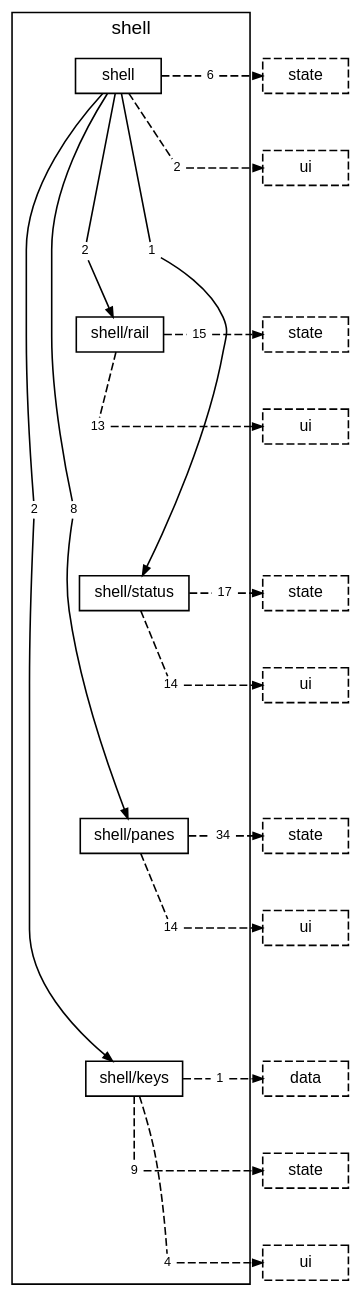
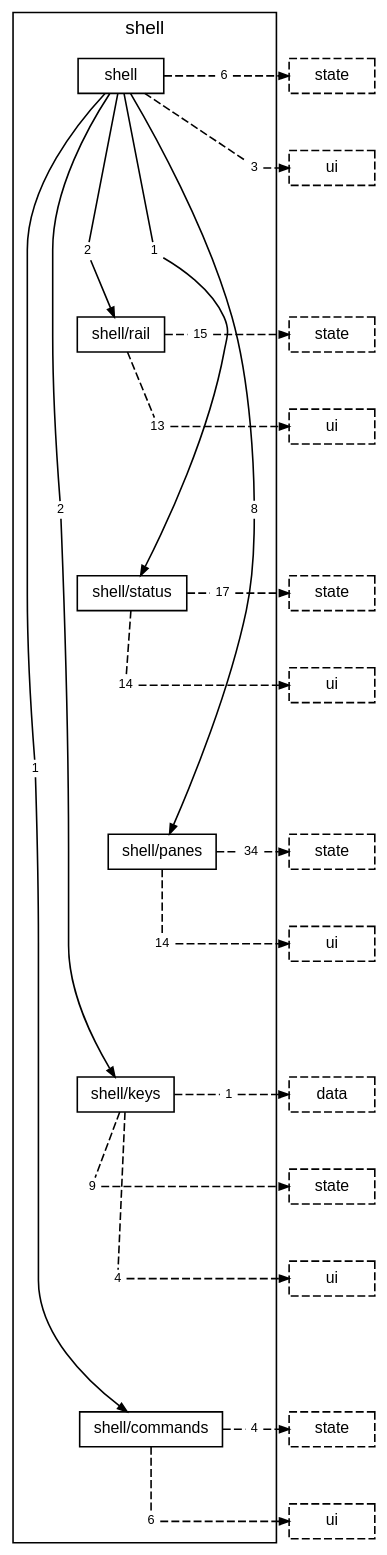
One commit to TheAxeC/oculus changed the diagram in docs/diagrams/layer-shell.dot. Above: the diagram before and after it, drawn with Graphviz. The commit also changed 144 other files, not shown here.

```diff
--- a/docs/diagrams/layer-shell.dot
+++ b/docs/diagrams/layer-shell.dot
@@ -1,84 +1,99 @@
 digraph layer_shell {
     graph [bgcolor="transparent", rankdir=TB, newrank=true, fontname="Helvetica,Arial,sans-serif", fontsize=12, nodesep=0.2, ranksep=0.5];
     node [shape=box, color="black", fontcolor="black", fontname="Helvetica,Arial,sans-serif", fontsize=10, height=0.3, margin="0.12,0.04"];
     edge [color="black", fontcolor="black", fontname="Helvetica,Arial,sans-serif", fontsize=8, arrowsize=0.6];
     subgraph "cluster_shell" {
         label="shell"; style=solid;
         "folder shell" [label="shell"];
         "folder shell/rail" [label="shell/rail"];
         "folder shell/status" [label="shell/status"];
         "folder shell/panes" [label="shell/panes"];
         "folder shell/keys" [label="shell/keys"];
+        "folder shell/commands" [label="shell/commands"];
+        "folder shell to folder shell/commands" [label="1", shape=box, color="transparent", fontsize=8, width=0, height=0, margin="0.04,0.02"];
         "folder shell to folder shell/keys" [label="2", shape=box, color="transparent", fontsize=8, width=0, height=0, margin="0.04,0.02"];
         "folder shell to folder shell/panes" [label="8", shape=box, color="transparent", fontsize=8, width=0, height=0, margin="0.04,0.02"];
         "folder shell to folder shell/rail" [label="2", shape=box, color="transparent", fontsize=8, width=0, height=0, margin="0.04,0.02"];
         "folder shell to folder shell/status" [label="1", shape=box, color="transparent", fontsize=8, width=0, height=0, margin="0.04,0.02"];
         "folder shell to layer state" [label="6", shape=box, color="transparent", fontsize=8, width=0, height=0, margin="0.04,0.02"];
-        "folder shell to layer ui" [label="2", shape=box, color="transparent", fontsize=8, width=0, height=0, margin="0.04,0.02"];
+        "folder shell to layer ui" [label="3", shape=box, color="transparent", fontsize=8, width=0, height=0, margin="0.04,0.02"];
         "folder shell/rail to layer state" [label="15", shape=box, color="transparent", fontsize=8, width=0, height=0, margin="0.04,0.02"];
         "folder shell/rail to layer ui" [label="13", shape=box, color="transparent", fontsize=8, width=0, height=0, margin="0.04,0.02"];
         "folder shell/status to layer state" [label="17", shape=box, color="transparent", fontsize=8, width=0, height=0, margin="0.04,0.02"];
         "folder shell/status to layer ui" [label="14", shape=box, color="transparent", fontsize=8, width=0, height=0, margin="0.04,0.02"];
         "folder shell/panes to layer state" [label="34", shape=box, color="transparent", fontsize=8, width=0, height=0, margin="0.04,0.02"];
         "folder shell/panes to layer ui" [label="14", shape=box, color="transparent", fontsize=8, width=0, height=0, margin="0.04,0.02"];
         "folder shell/keys to layer data" [label="1", shape=box, color="transparent", fontsize=8, width=0, height=0, margin="0.04,0.02"];
         "folder shell/keys to layer state" [label="9", shape=box, color="transparent", fontsize=8, width=0, height=0, margin="0.04,0.02"];
         "folder shell/keys to layer ui" [label="4", shape=box, color="transparent", fontsize=8, width=0, height=0, margin="0.04,0.02"];
+        "folder shell/commands to layer state" [label="4", shape=box, color="transparent", fontsize=8, width=0, height=0, margin="0.04,0.02"];
+        "folder shell/commands to layer ui" [label="6", shape=box, color="transparent", fontsize=8, width=0, height=0, margin="0.04,0.02"];
     }
     "layer state from folder shell" [label="state", style=dashed];
     "layer ui from folder shell" [label="ui", style=dashed];
     "layer state from folder shell/rail" [label="state", style=dashed];
     "layer ui from folder shell/rail" [label="ui", style=dashed];
     "layer state from folder shell/status" [label="state", style=dashed];
     "layer ui from folder shell/status" [label="ui", style=dashed];
     "layer state from folder shell/panes" [label="state", style=dashed];
     "layer ui from folder shell/panes" [label="ui", style=dashed];
     "layer data from folder shell/keys" [label="data", style=dashed];
     "layer state from folder shell/keys" [label="state", style=dashed];
     "layer ui from folder shell/keys" [label="ui", style=dashed];
+    "layer state from folder shell/commands" [label="state", style=dashed];
+    "layer ui from folder shell/commands" [label="ui", style=dashed];
     "folder shell" -> "folder shell/rail" [style=invis, weight=10, minlen=3];
     "folder shell/rail" -> "folder shell/status" [style=invis, weight=10, minlen=3];
     "folder shell/status" -> "folder shell/panes" [style=invis, weight=10, minlen=3];
     "folder shell/panes" -> "folder shell/keys" [style=invis, weight=10, minlen=3];
+    "folder shell/keys" -> "folder shell/commands" [style=invis, weight=10, minlen=4];
+    "folder shell" -> "folder shell to folder shell/commands" [arrowhead=none, minlen=8, weight=10];
+    "folder shell to folder shell/commands" -> "folder shell/commands" [];
     "folder shell" -> "folder shell to folder shell/keys" [arrowhead=none, minlen=5, weight=10];
     "folder shell to folder shell/keys" -> "folder shell/keys" [];
     "folder shell" -> "folder shell to folder shell/panes" [arrowhead=none, minlen=5, weight=10];
     "folder shell to folder shell/panes" -> "folder shell/panes" [];
     "folder shell" -> "folder shell to folder shell/rail" [arrowhead=none, minlen=2, weight=10];
     "folder shell to folder shell/rail" -> "folder shell/rail" [];
     "folder shell" -> "folder shell to folder shell/status" [arrowhead=none, minlen=2, weight=10];
     "folder shell to folder shell/status" -> "folder shell/status" [];
     "folder shell" -> "folder shell to layer state" [arrowhead=none, style=dashed];
     "folder shell to layer state" -> "layer state from folder shell" [style=dashed];
     { rank=same; "folder shell"; "folder shell to layer state"; "layer state from folder shell"; }
     "folder shell" -> "folder shell to layer ui" [arrowhead=none, style=dashed, minlen=1, weight=10];
     "folder shell to layer ui" -> "layer ui from folder shell" [style=dashed];
     { rank=same; "folder shell to layer ui"; "layer ui from folder shell"; }
     "folder shell/rail" -> "folder shell/rail to layer state" [arrowhead=none, style=dashed];
     "folder shell/rail to layer state" -> "layer state from folder shell/rail" [style=dashed];
     { rank=same; "folder shell/rail"; "folder shell/rail to layer state"; "layer state from folder shell/rail"; }
     "folder shell/rail" -> "folder shell/rail to layer ui" [arrowhead=none, style=dashed, minlen=1, weight=10];
     "folder shell/rail to layer ui" -> "layer ui from folder shell/rail" [style=dashed];
     { rank=same; "folder shell/rail to layer ui"; "layer ui from folder shell/rail"; }
     "folder shell/status" -> "folder shell/status to layer state" [arrowhead=none, style=dashed];
     "folder shell/status to layer state" -> "layer state from folder shell/status" [style=dashed];
     { rank=same; "folder shell/status"; "folder shell/status to layer state"; "layer state from folder shell/status"; }
     "folder shell/status" -> "folder shell/status to layer ui" [arrowhead=none, style=dashed, minlen=1, weight=10];
     "folder shell/status to layer ui" -> "layer ui from folder shell/status" [style=dashed];
     { rank=same; "folder shell/status to layer ui"; "layer ui from folder shell/status"; }
     "folder shell/panes" -> "folder shell/panes to layer state" [arrowhead=none, style=dashed];
     "folder shell/panes to layer state" -> "layer state from folder shell/panes" [style=dashed];
     { rank=same; "folder shell/panes"; "folder shell/panes to layer state"; "layer state from folder shell/panes"; }
     "folder shell/panes" -> "folder shell/panes to layer ui" [arrowhead=none, style=dashed, minlen=1, weight=10];
     "folder shell/panes to layer ui" -> "layer ui from folder shell/panes" [style=dashed];
     { rank=same; "folder shell/panes to layer ui"; "layer ui from folder shell/panes"; }
     "folder shell/keys" -> "folder shell/keys to layer data" [arrowhead=none, style=dashed];
     "folder shell/keys to layer data" -> "layer data from folder shell/keys" [style=dashed];
     { rank=same; "folder shell/keys"; "folder shell/keys to layer data"; "layer data from folder shell/keys"; }
     "folder shell/keys" -> "folder shell/keys to layer state" [arrowhead=none, style=dashed, minlen=1, weight=10];
     "folder shell/keys to layer state" -> "layer state from folder shell/keys" [style=dashed];
     { rank=same; "folder shell/keys to layer state"; "layer state from folder shell/keys"; }
     "folder shell/keys" -> "folder shell/keys to layer ui" [arrowhead=none, style=dashed, minlen=2, weight=10];
     "folder shell/keys to layer ui" -> "layer ui from folder shell/keys" [style=dashed];
     { rank=same; "folder shell/keys to layer ui"; "layer ui from folder shell/keys"; }
+    "folder shell/commands" -> "folder shell/commands to layer state" [arrowhead=none, style=dashed];
+    "folder shell/commands to layer state" -> "layer state from folder shell/commands" [style=dashed];
+    { rank=same; "folder shell/commands"; "folder shell/commands to layer state"; "layer state from folder shell/commands"; }
+    "folder shell/commands" -> "folder shell/commands to layer ui" [arrowhead=none, style=dashed, minlen=1, weight=10];
+    "folder shell/commands to layer ui" -> "layer ui from folder shell/commands" [style=dashed];
+    { rank=same; "folder shell/commands to layer ui"; "layer ui from folder shell/commands"; }
 }
```
